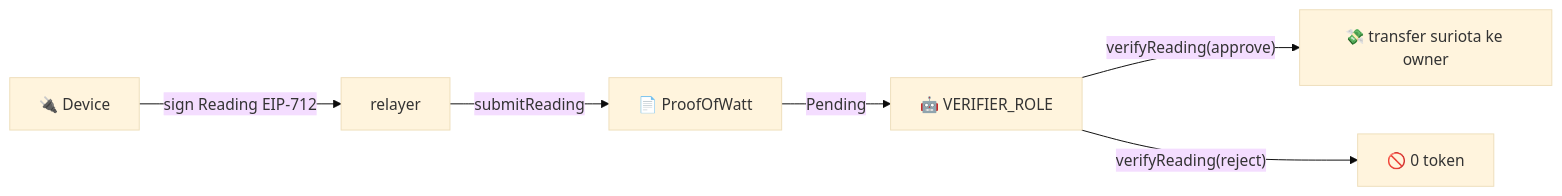
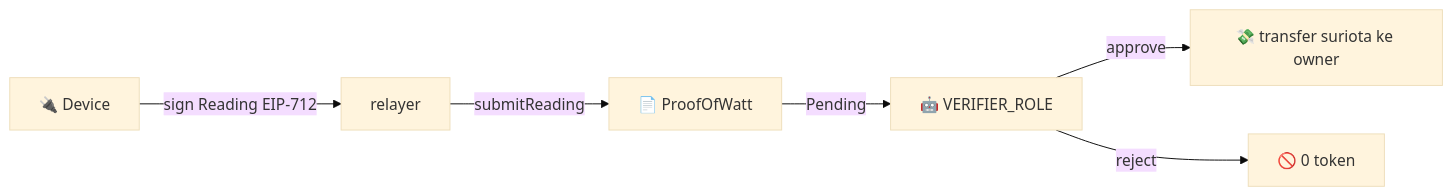
One commit to GifariKemal/wattsettle changed the diagram in proofofwatt/README.md. Above: the diagram before and after it, drawn with Mermaid (base theme). The commit also changed other lines of this file and 10 other files, not shown here.

First line of the commit message:
docs: badge shields.io di semua doc + perbaiki mermaid agar render di GitHub

````diff
--- a/proofofwatt/README.md
+++ b/proofofwatt/README.md
@@ -25,8 +23,8 @@
 ```mermaid
 flowchart LR
-  DEV["🔌 Device"] -->|"sign Reading EIP-712"| REL["relayer"]
+  DEV["🔌 Device"] -->|sign Reading EIP-712| REL["relayer"]
   REL -->|submitReading| C["📄 ProofOfWatt"]
   C -->|Pending| V["🤖 VERIFIER_ROLE"]
-  V -->|"verifyReading(approve)"| PAY["💸 transfer suriota ke owner"]
-  V -->|"verifyReading(reject)"| Z["🚫 0 token"]
+  V -->|approve| PAY["💸 transfer suriota ke owner"]
+  V -->|reject| Z["🚫 0 token"]
 ```
````
